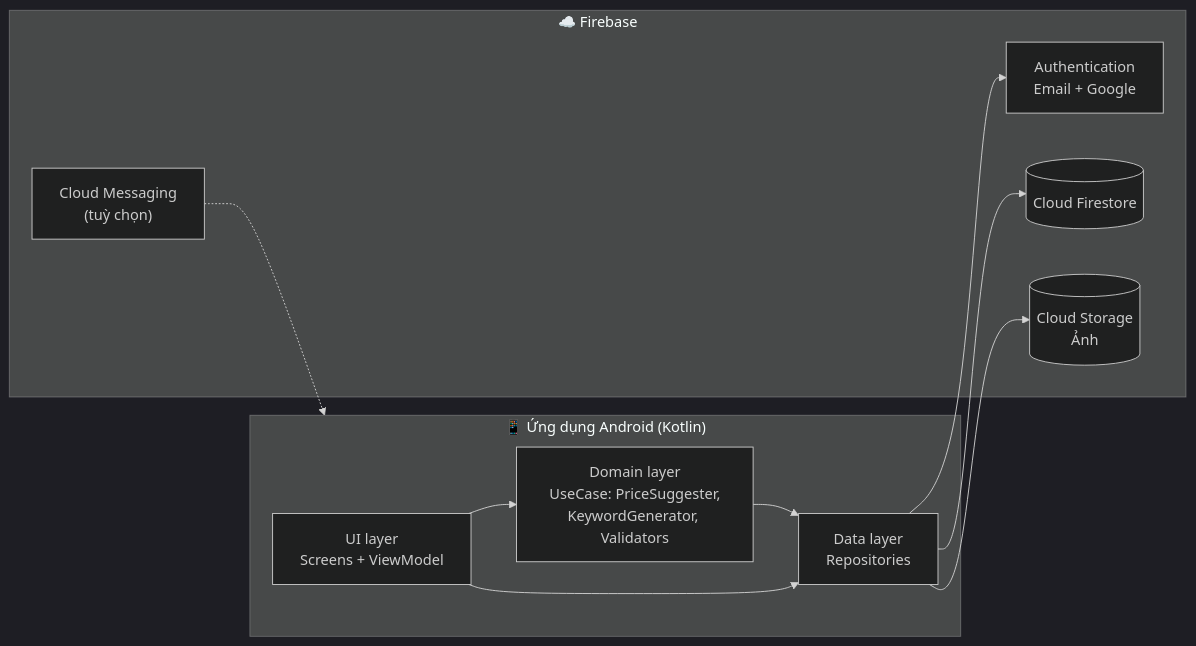
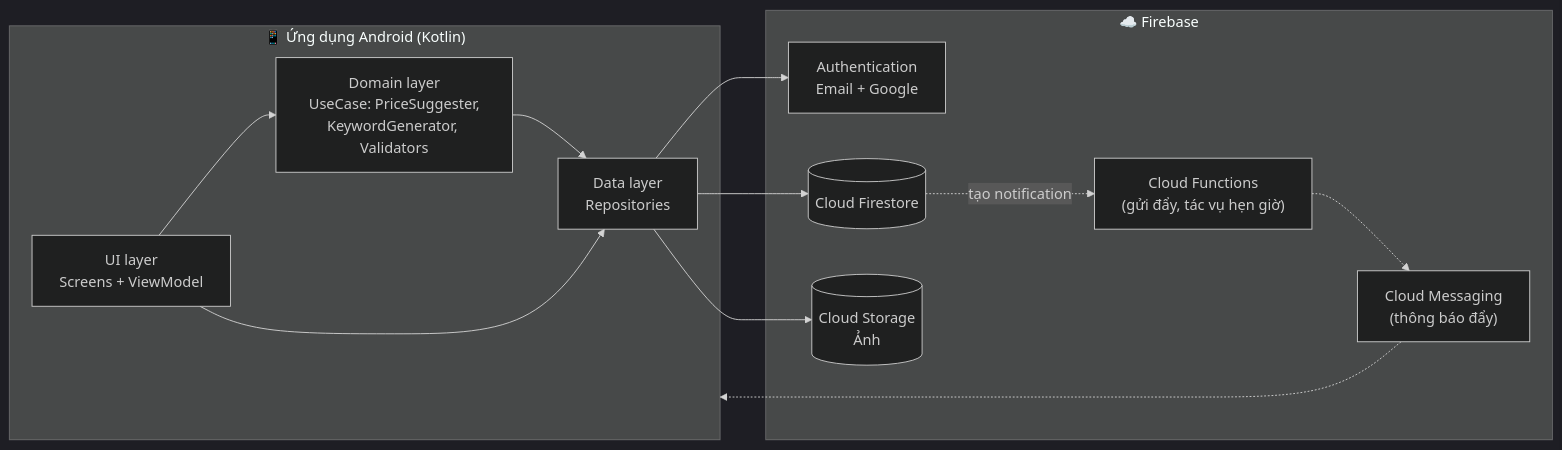
One commit to Vanh2003-FL/API changed the first of 4 diagrams in docs/04-thiet-ke-he-thong.md. Above: the diagram before and after it, drawn with Mermaid (dark theme). The commit also changed other lines of this file and 8 other files, not shown here.

````diff
--- a/docs/04-thiet-ke-he-thong.md
+++ b/docs/04-thiet-ke-he-thong.md
@@ -5,20 +5,23 @@
 ```mermaid
 flowchart LR
     subgraph App["📱 Ứng dụng Android (Kotlin)"]
         UI["UI layer<br/>Screens + ViewModel"]
         DOM["Domain layer<br/>UseCase: PriceSuggester,<br/>KeywordGenerator, Validators"]
         DATA["Data layer<br/>Repositories"]
         UI --> DOM --> DATA
         UI --> DATA
     end
     subgraph Firebase["☁️ Firebase"]
         AUTH["Authentication<br/>Email + Google"]
         FS[("Cloud Firestore")]
         ST[("Cloud Storage<br/>Ảnh")]
-        FCM["Cloud Messaging<br/>(tuỳ chọn)"]
+        FCM["Cloud Messaging<br/>(thông báo đẩy)"]
+        CF["Cloud Functions<br/>(gửi đẩy, tác vụ hẹn giờ)"]
     end
     DATA --> AUTH
     DATA --> FS
     DATA --> ST
+    FS -. "tạo notification" .-> CF
+    CF -.-> FCM
     FCM -.-> App
 ```
````
